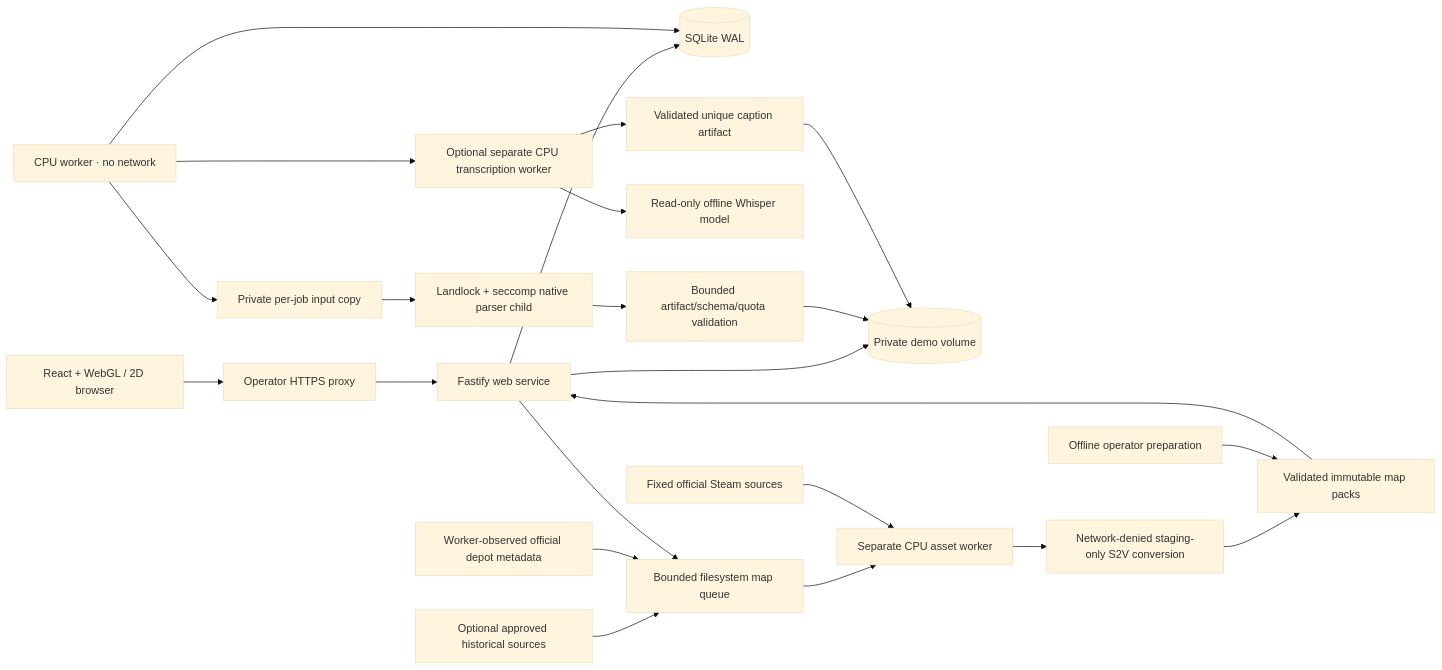
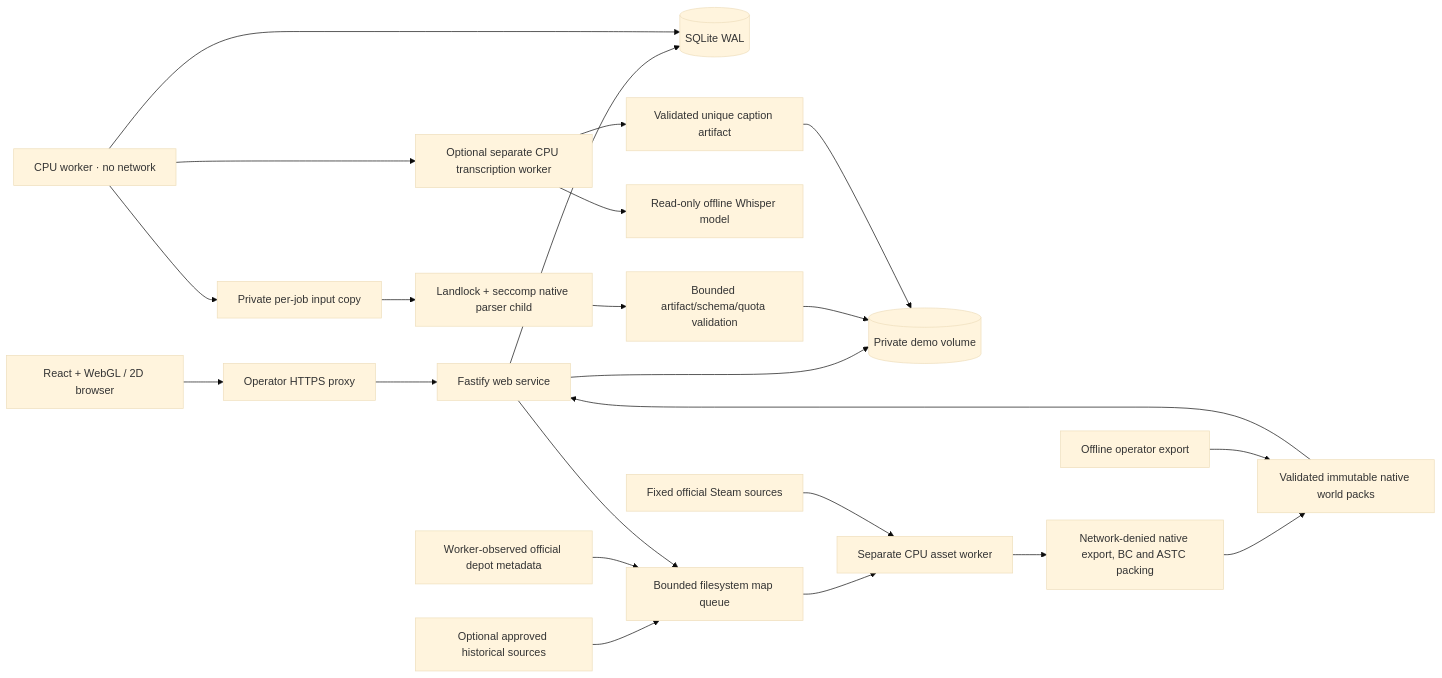
The diagram in docs/ARCHITECTURE.md (Buco7854/cswatch), drawn with Mermaid (base theme) before and after one commit. The commit also changed other lines of this file and 251 other files, not shown here.

````diff
--- a/docs/ARCHITECTURE.md
+++ b/docs/ARCHITECTURE.md
@@ -5,25 +5,25 @@
 ```mermaid
 flowchart LR
  Browser[React + WebGL / 2D browser] --> Proxy[Operator HTTPS proxy]
  Proxy --> Web[Fastify web service]
  Web --> DB[(SQLite WAL)]
  Web --> Files[(Private demo volume)]
  Worker[CPU worker · no network] --> DB
  Worker --> Job[Private per-job input copy]
  Job --> Parser[Landlock + seccomp native parser child]
  Parser --> Validate[Bounded artifact/schema/quota validation]
  Validate --> Files
  Worker --> Speech[Optional separate CPU transcription worker]
  Speech --> Model[Read-only offline Whisper model]
  Speech --> Captions[Validated unique caption artifact]
  Captions --> Files
  Catalog[Optional approved historical sources] --> AssetQueue[Bounded filesystem map queue]
  Inventory[Worker-observed official depot metadata] --> AssetQueue
  Web --> AssetQueue
  AssetQueue --> AssetWorker[Separate CPU asset worker]
  Steam[Fixed official Steam sources] --> AssetWorker
- AssetWorker --> Convert[Network-denied staging-only S2V conversion]
- Convert --> Maps[Validated immutable map packs]
- S2V[Offline operator preparation] --> Maps
+ AssetWorker --> Convert[Network-denied native export, BC and ASTC packing]
+ Convert --> Maps[Validated immutable native world packs]
+ Operator[Offline operator export] --> Maps
  Maps --> Web
 ```
````
